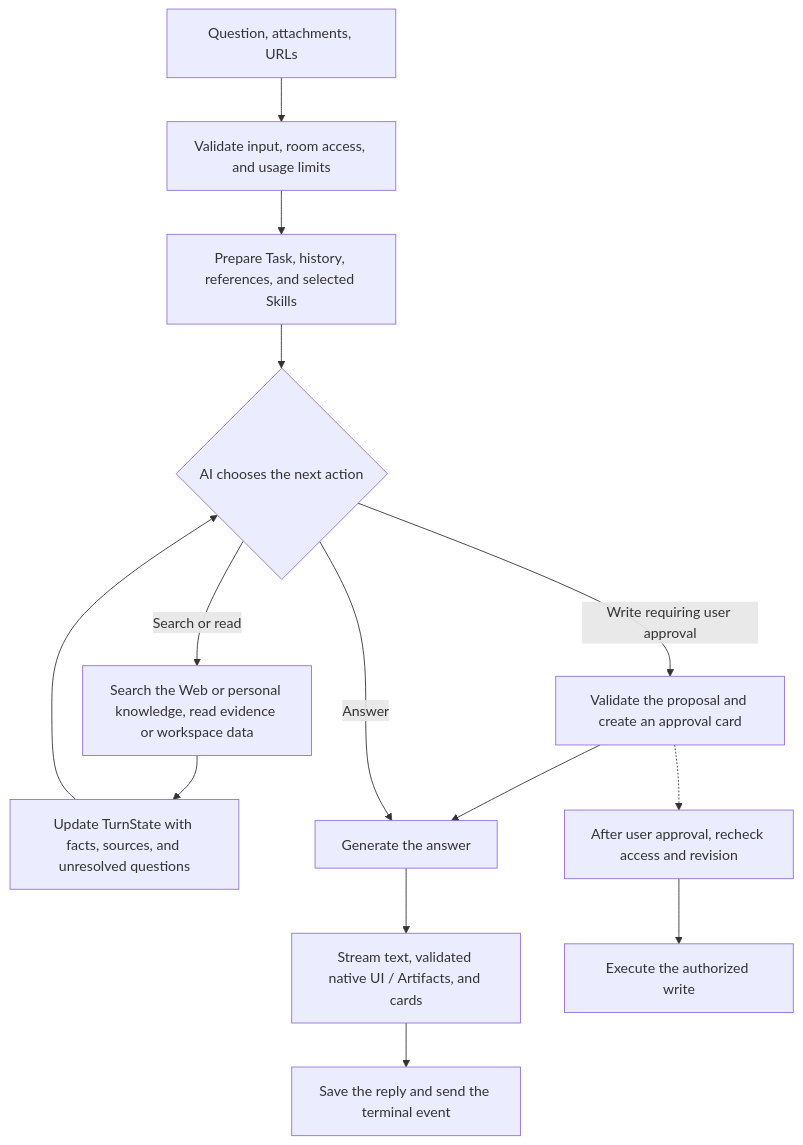
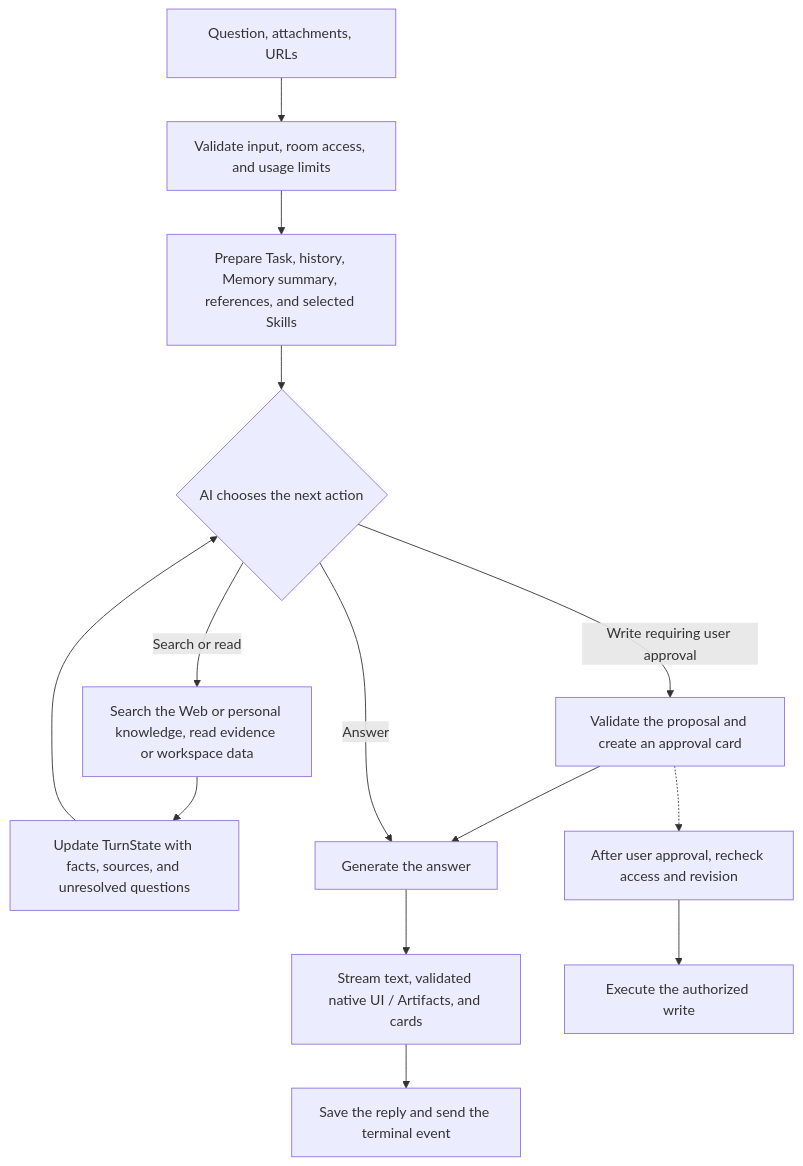
The second of 8 diagrams in README.md (kota-kawa/ChatCore-AI), drawn with Mermaid before and after one commit. The commit also changed other lines of this file and 84 other files, not shown here.

First line of the commit message:
記憶のまとめを毎ターン文脈に入れ、ルーム内記憶を廃止する / Put a memory summary into the context every turn and retire room-scoped memory (#890)

````diff
--- a/README.md
+++ b/README.md
@@ -94,16 +94,16 @@
 ```mermaid
 flowchart TD
     Input["Question, attachments, URLs"] --> Validate["Validate input, room access, and usage limits"]
-    Validate --> Context["Prepare Task, history, references, and selected Skills"]
+    Validate --> Context["Prepare Task, history, Memory summary, references, and selected Skills"]
     Context --> Decide{"AI chooses the next action"}
     Decide -->|Search or read| Lookup["Search the Web or personal knowledge, read evidence or workspace data"]
     Lookup --> State["Update TurnState with facts, sources, and unresolved questions"]
     State --> Decide
     Decide -->|Write requiring user approval| Approval["Validate the proposal and create an approval card"]
     Approval --> Answer["Generate the answer"]
     Decide -->|Answer| Answer
     Answer --> Output["Stream text, validated native UI / Artifacts, and cards"]
     Output --> Save["Save the reply and send the terminal event"]
     Approval -.-> Gate["After user approval, recheck access and revision"]
     Gate --> Write["Execute the authorized write"]
 ```
````
